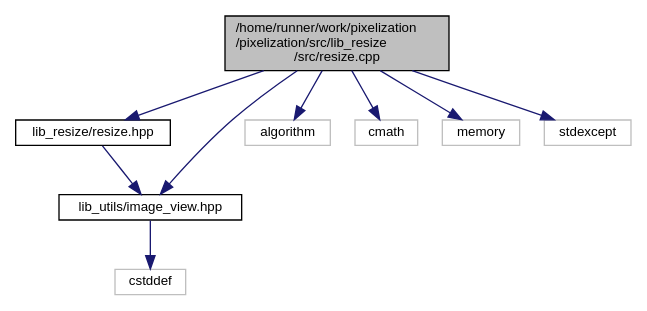
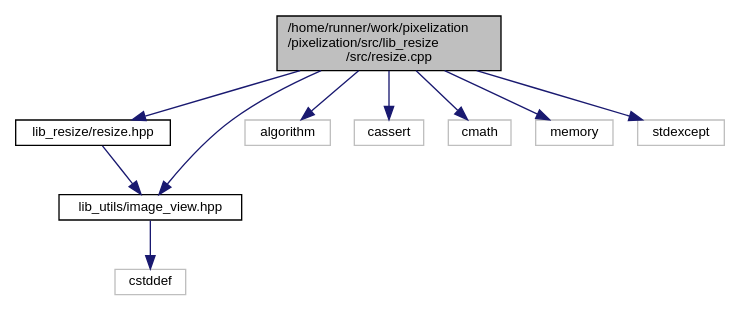
The diagram in resize_8cpp__incl.dot (lukki15/pixelization), drawn with Graphviz before and after one commit. The commit also changed 48 other files, not shown here.

```diff
--- a/resize_8cpp__incl.dot
+++ b/resize_8cpp__incl.dot
@@ -1,22 +1,24 @@
 digraph "/home/runner/work/pixelization/pixelization/src/lib_resize/src/resize.cpp"
 {
  // LATEX_PDF_SIZE
   edge [fontname="Helvetica",fontsize="10",labelfontname="Helvetica",labelfontsize="10"];
   node [fontname="Helvetica",fontsize="10",shape=record];
   Node1 [label="/home/runner/work/pixelization\l/pixelization/src/lib_resize\l/src/resize.cpp",height=0.2,width=0.4,color="black", fillcolor="grey75", style="filled", fontcolor="black",tooltip=" "];
   Node1 -> Node2 [color="midnightblue",fontsize="10",style="solid",fontname="Helvetica"];
   Node2 [label="lib_resize/resize.hpp",height=0.2,width=0.4,color="black", fillcolor="white", style="filled",URL="$resize_8hpp.html",tooltip=" "];
   Node2 -> Node3 [color="midnightblue",fontsize="10",style="solid",fontname="Helvetica"];
   Node3 [label="lib_utils/image_view.hpp",height=0.2,width=0.4,color="black", fillcolor="white", style="filled",URL="$image__view_8hpp.html",tooltip=" "];
   Node3 -> Node4 [color="midnightblue",fontsize="10",style="solid",fontname="Helvetica"];
   Node4 [label="cstddef",height=0.2,width=0.4,color="grey75", fillcolor="white", style="filled",tooltip=" "];
   Node1 -> Node3 [color="midnightblue",fontsize="10",style="solid",fontname="Helvetica"];
   Node1 -> Node5 [color="midnightblue",fontsize="10",style="solid",fontname="Helvetica"];
   Node5 [label="algorithm",height=0.2,width=0.4,color="grey75", fillcolor="white", style="filled",tooltip=" "];
   Node1 -> Node6 [color="midnightblue",fontsize="10",style="solid",fontname="Helvetica"];
-  Node6 [label="cmath",height=0.2,width=0.4,color="grey75", fillcolor="white", style="filled",tooltip=" "];
+  Node6 [label="cassert",height=0.2,width=0.4,color="grey75", fillcolor="white", style="filled",tooltip=" "];
   Node1 -> Node7 [color="midnightblue",fontsize="10",style="solid",fontname="Helvetica"];
-  Node7 [label="memory",height=0.2,width=0.4,color="grey75", fillcolor="white", style="filled",tooltip=" "];
+  Node7 [label="cmath",height=0.2,width=0.4,color="grey75", fillcolor="white", style="filled",tooltip=" "];
   Node1 -> Node8 [color="midnightblue",fontsize="10",style="solid",fontname="Helvetica"];
-  Node8 [label="stdexcept",height=0.2,width=0.4,color="grey75", fillcolor="white", style="filled",tooltip=" "];
+  Node8 [label="memory",height=0.2,width=0.4,color="grey75", fillcolor="white", style="filled",tooltip=" "];
+  Node1 -> Node9 [color="midnightblue",fontsize="10",style="solid",fontname="Helvetica"];
+  Node9 [label="stdexcept",height=0.2,width=0.4,color="grey75", fillcolor="white", style="filled",tooltip=" "];
 }
```
